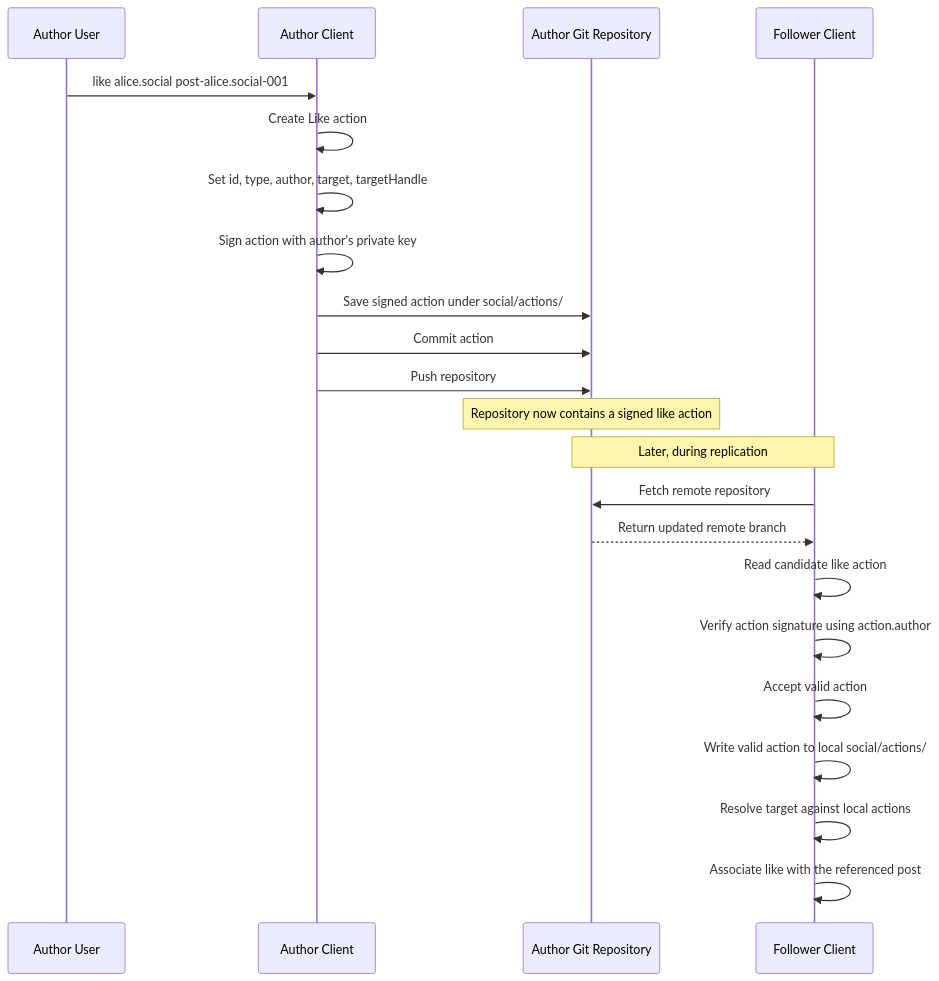
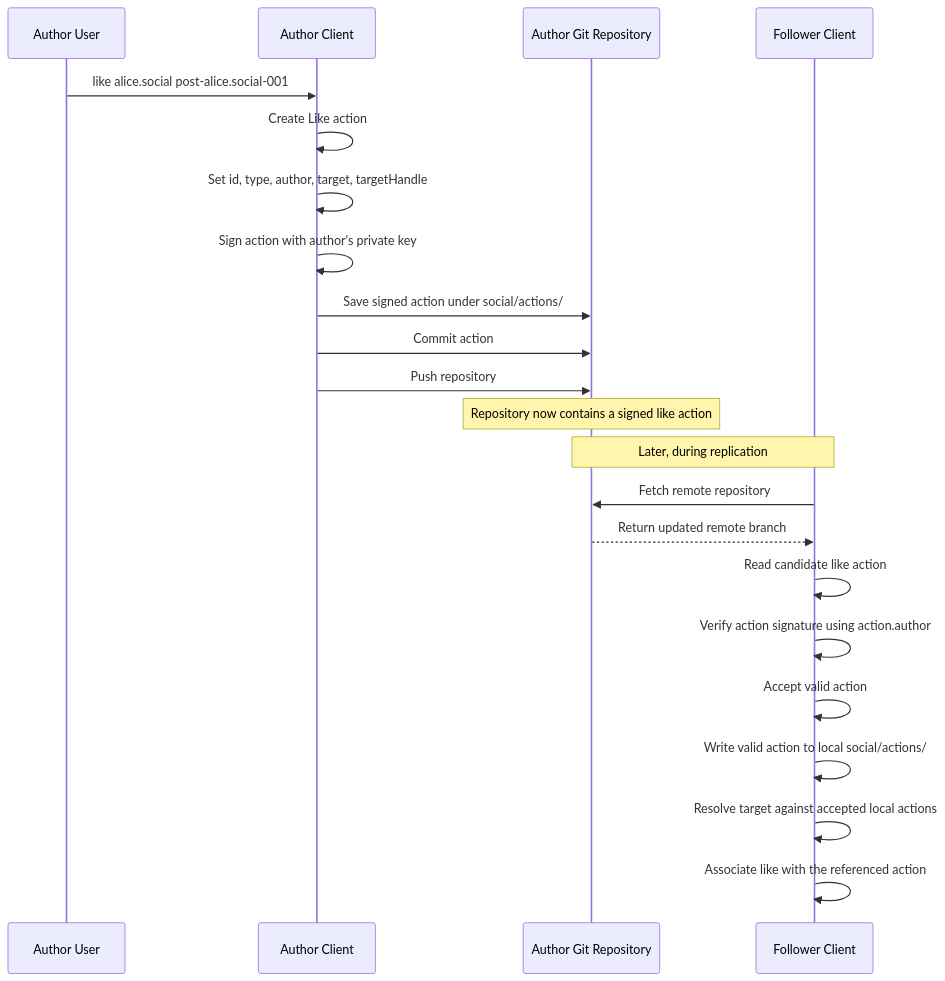
One commit to gargster/ELEC4712_Decentralised_Blog changed the second of 6 diagrams in latest_design.md. Above: the diagram before and after it, drawn with Mermaid. The commit also changed other lines of this file, not shown here.

First line of the commit message:
refine protocol workflow diagrams

````diff
--- a/latest_design.md
+++ b/latest_design.md
@@ -36,31 +36,31 @@
 ```mermaid
 sequenceDiagram
     participant Author as Author User
     participant Client as Author Client
     participant Repo as Author Git Repository
     participant Follower as Follower Client
 
     Author->>Client: like alice.social post-alice.social-001
 
     Client->>Client: Create Like action
     Client->>Client: Set id, type, author, target, targetHandle
     Client->>Client: Sign action with author's private key
 
     Client->>Repo: Save signed action under social/actions/
     Client->>Repo: Commit action
     Client->>Repo: Push repository
 
     Note over Repo: Repository now contains a signed like action
     Note over Repo,Follower: Later, during replication
 
     Follower->>Repo: Fetch remote repository
     Repo-->>Follower: Return updated remote branch
 
     Follower->>Follower: Read candidate like action
     Follower->>Follower: Verify action signature using action.author
     Follower->>Follower: Accept valid action
     Follower->>Follower: Write valid action to local social/actions/
 
-    Follower->>Follower: Resolve target against local actions
-    Follower->>Follower: Associate like with the referenced post
+    Follower->>Follower: Resolve target against accepted local actions
+    Follower->>Follower: Associate like with the referenced action
 ```
````
